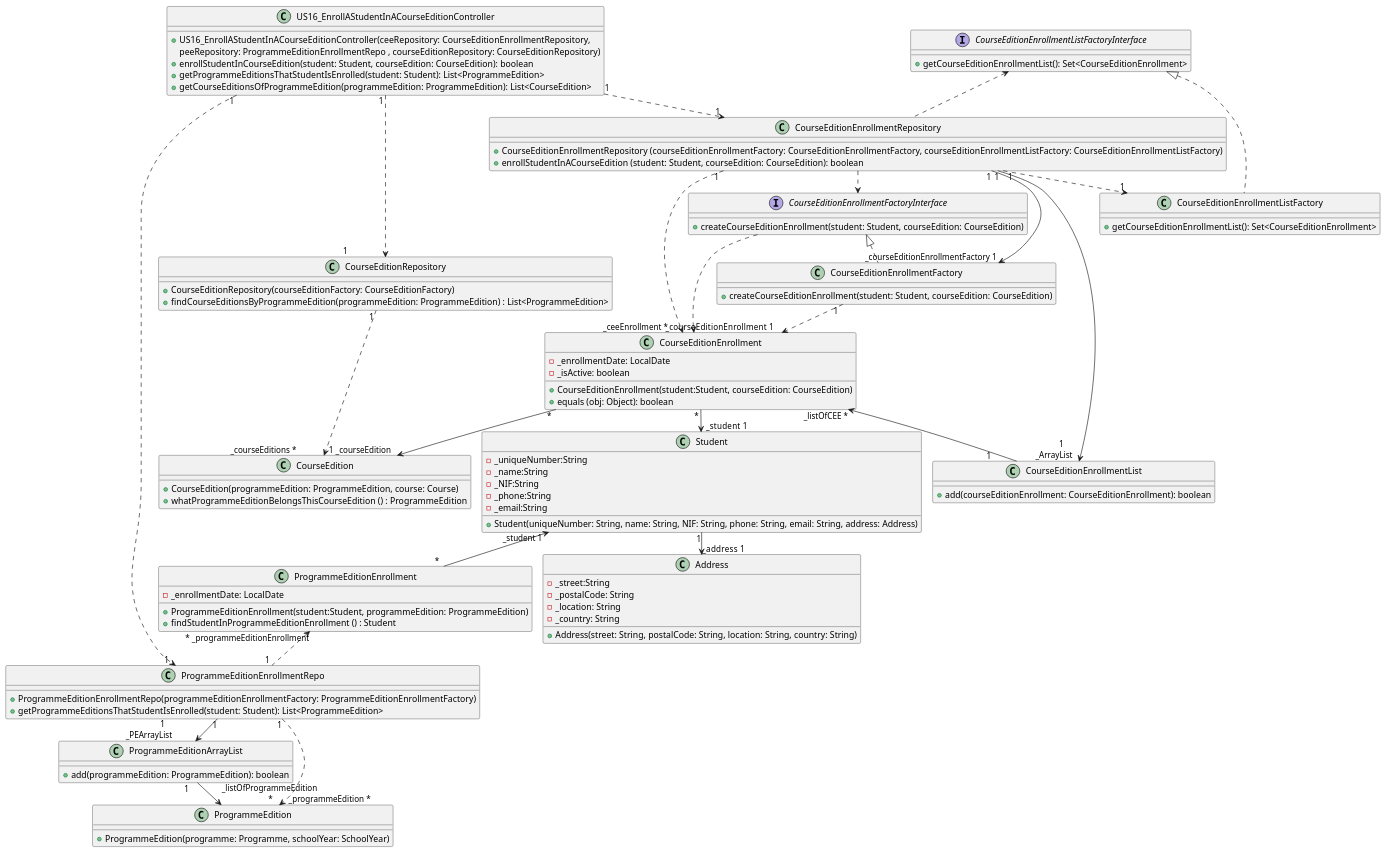
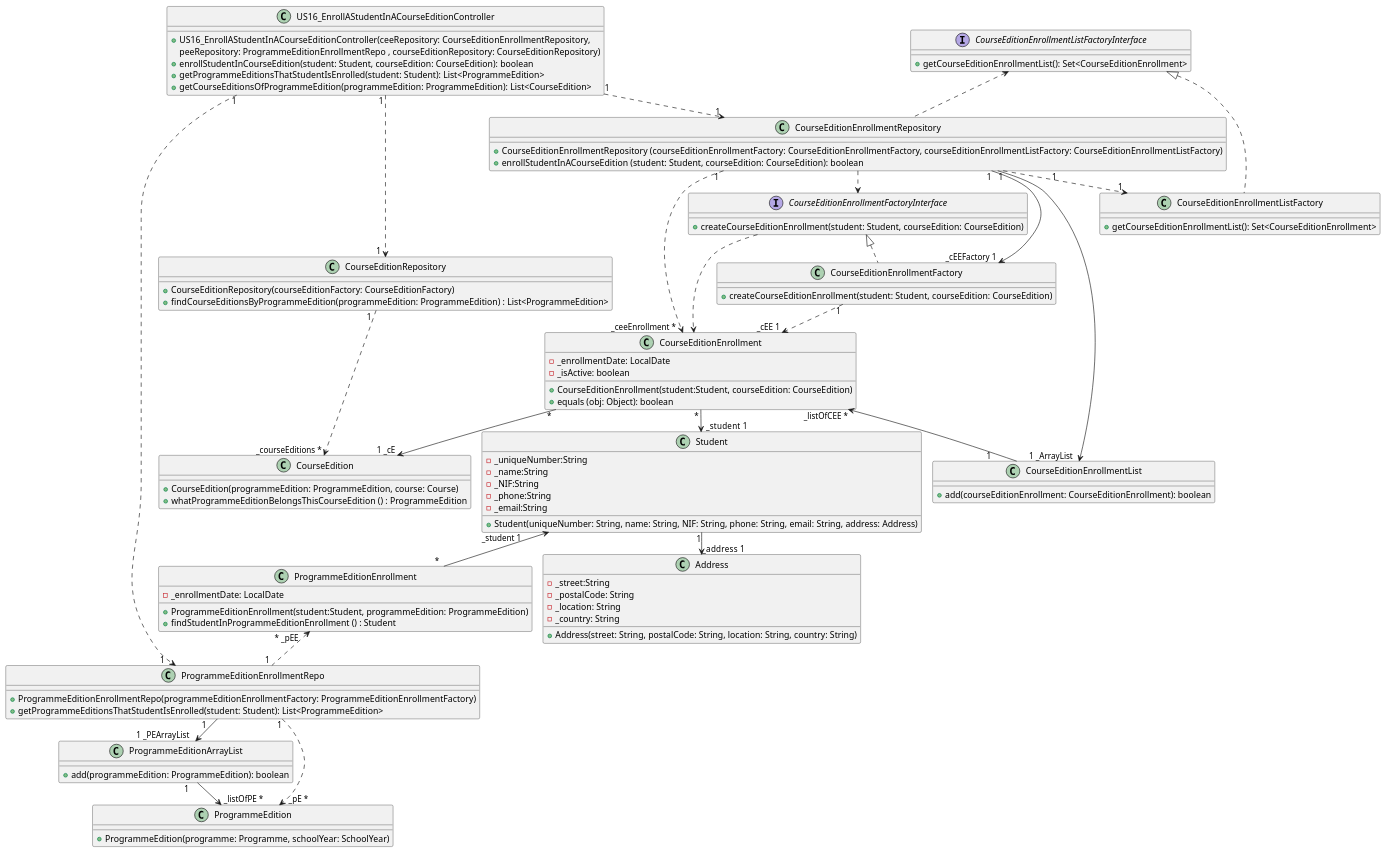
The diagram in docs/US16/US16_EnrollAStudentInACourseEdition_ClassDiagram.puml (GasparISEP/DevOps-PAI), drawn with PlantUML before and after one commit.

Commit message:
Refactor US16_ClassDiagram, improving cardinalities between classes to improve visibility

```diff
--- a/docs/US16/US16_EnrollAStudentInACourseEdition_ClassDiagram.puml
+++ b/docs/US16/US16_EnrollAStudentInACourseEdition_ClassDiagram.puml
@@ -1,114 +1,114 @@
 @startuml
 !pragma layout smetana
 
 class US16_EnrollAStudentInACourseEditionController {
     +US16_EnrollAStudentInACourseEditionController(ceeRepository: CourseEditionEnrollmentRepository,
     peeRepository: ProgrammeEditionEnrollmentRepo , courseEditionRepository: CourseEditionRepository)
     +enrollStudentInCourseEdition(student: Student, courseEdition: CourseEdition): boolean
     +getProgrammeEditionsThatStudentIsEnrolled(student: Student): List<ProgrammeEdition>
     +getCourseEditionsOfProgrammeEdition(programmeEdition: ProgrammeEdition): List<CourseEdition>
 }
 
 class CourseEditionEnrollmentFactory{
     +createCourseEditionEnrollment(student: Student, courseEdition: CourseEdition)
 }
 
 class CourseEditionEnrollment {
     -_enrollmentDate: LocalDate
     - _isActive: boolean
     +CourseEditionEnrollment(student:Student, courseEdition: CourseEdition)
     +equals (obj: Object): boolean
 }
 
 class ProgrammeEditionArrayList{
     +add(programmeEdition: ProgrammeEdition): boolean
 }
 
 interface CourseEditionEnrollmentListFactoryInterface{
     +getCourseEditionEnrollmentList(): Set<CourseEditionEnrollment>
 }
 
 class CourseEditionEnrollmentListFactory {
     +getCourseEditionEnrollmentList(): Set<CourseEditionEnrollment>
 }
 
 interface CourseEditionEnrollmentFactoryInterface{
     +createCourseEditionEnrollment(student: Student, courseEdition: CourseEdition)
 }
 
 class CourseEditionEnrollmentRepository {
     +CourseEditionEnrollmentRepository (courseEditionEnrollmentFactory: CourseEditionEnrollmentFactory, courseEditionEnrollmentListFactory: CourseEditionEnrollmentListFactory)
     +enrollStudentInACourseEdition (student: Student, courseEdition: CourseEdition): boolean
 }
 
 class ProgrammeEditionEnrollment {
     -_enrollmentDate: LocalDate
     +ProgrammeEditionEnrollment(student:Student, programmeEdition: ProgrammeEdition)
     +findStudentInProgrammeEditionEnrollment () : Student
 }
 
 class CourseEditionEnrollmentList {
     +add(courseEditionEnrollment: CourseEditionEnrollment): boolean
 }
 
 class ProgrammeEditionEnrollmentRepo {
     +ProgrammeEditionEnrollmentRepo(programmeEditionEnrollmentFactory: ProgrammeEditionEnrollmentFactory)
     +getProgrammeEditionsThatStudentIsEnrolled(student: Student): List<ProgrammeEdition>
 }
 
 class Student {
     -_uniqueNumber:String
     -_name:String
     -_NIF:String
     -_phone:String
     -_email:String
     +Student(uniqueNumber: String, name: String, NIF: String, phone: String, email: String, address: Address)
 }
 
 class Address {
      -_street:String
      -_postalCode: String
      -_location: String
      -_country: String
      +Address(street: String, postalCode: String, location: String, country: String)
 }
 
 class CourseEdition {
     +CourseEdition(programmeEdition: ProgrammeEdition, course: Course)
     +whatProgrammeEditionBelongsThisCourseEdition () : ProgrammeEdition
 }
 
 class ProgrammeEdition {
     +ProgrammeEdition(programme: Programme, schoolYear: SchoolYear)
 }
 
 class CourseEditionRepository {
     +CourseEditionRepository(courseEditionFactory: CourseEditionFactory)
     +findCourseEditionsByProgrammeEdition(programmeEdition: ProgrammeEdition) : List<ProgrammeEdition>
 }
 
-CourseEdition "_courseEditions *             " <.u. "           1 " CourseEditionRepository
+CourseEdition "_courseEditions * " <.u. "1  " CourseEditionRepository
 Student "  _student  1 " <-u- " * " CourseEditionEnrollment
-CourseEditionEnrollment "    *  " --> " 1 _courseEdition   " CourseEdition
-CourseEditionEnrollmentFactory "1  " ..> "_courseEditionEnrollment   1    "CourseEditionEnrollment
-CourseEditionEnrollmentFactory "           _courseEditionEnrollmentFactory 1 " <-u- "  1" CourseEditionEnrollmentRepository
-ProgrammeEditionEnrollment "      *  " -u-> "_student 1   " Student
-ProgrammeEditionEnrollment " * _programmeEditionEnrollment" <.. "1 " ProgrammeEditionEnrollmentRepo
-US16_EnrollAStudentInACourseEditionController "1 "..> "    1                  " CourseEditionRepository
-US16_EnrollAStudentInACourseEditionController " 1 "..> "1   " ProgrammeEditionEnrollmentRepo
+CourseEditionEnrollment "    *  " --> "    1 _cE " CourseEdition
+CourseEditionEnrollmentFactory "1 " ..> "_cEE 1 "CourseEditionEnrollment
+CourseEditionEnrollmentFactory "           _cEEFactory 1 " <-u- " 1" CourseEditionEnrollmentRepository
+ProgrammeEditionEnrollment "      *  " -u-> "_student 1             " Student
+ProgrammeEditionEnrollment " * _pEE     " <.. "1 " ProgrammeEditionEnrollmentRepo
+US16_EnrollAStudentInACourseEditionController "1 "..> "1  " CourseEditionRepository
+US16_EnrollAStudentInACourseEditionController "1"..> "1     " ProgrammeEditionEnrollmentRepo
 US16_EnrollAStudentInACourseEditionController "1 "..> "  1  " CourseEditionEnrollmentRepository
 Address "_address  1 " <-u- "  1" Student
-CourseEditionEnrollmentListFactory " 1 " <.u. "  1        " CourseEditionEnrollmentRepository
+CourseEditionEnrollmentListFactory "1  " <.u. "                       1" CourseEditionEnrollmentRepository
 CourseEditionEnrollmentList "   1            " -u->  "_listOfCEE *" CourseEditionEnrollment
-CourseEditionEnrollmentRepository " 1  " -u-> "     1\n _ArrayList   " CourseEditionEnrollmentList
-CourseEditionEnrollmentRepository"   1  " ..> "    _ceeEnrollment *       "CourseEditionEnrollment
+CourseEditionEnrollmentRepository " 1" -u-> "1 _ArrayList   " CourseEditionEnrollmentList
+CourseEditionEnrollmentRepository"   1  " ..> "    _ceeEnrollment *   "CourseEditionEnrollment
 CourseEditionEnrollmentFactoryInterface <|.. CourseEditionEnrollmentFactory
 CourseEditionEnrollmentListFactoryInterface <|.. CourseEditionEnrollmentListFactory
-ProgrammeEditionEnrollmentRepo"1" --> "  1\n_PEArrayList           "ProgrammeEditionArrayList
-ProgrammeEdition"_listOfProgrammeEdition\n *" <-u- "  1    "ProgrammeEditionArrayList
-ProgrammeEditionEnrollmentRepo "1"..> "    _programmeEdition *"ProgrammeEdition
+ProgrammeEditionEnrollmentRepo"1     " --> "1 _PEArrayList   "ProgrammeEditionArrayList
+ProgrammeEdition" _listOfPE *" <-u- "  1    "ProgrammeEditionArrayList
+ProgrammeEditionEnrollmentRepo "1"..> "    _pE *    "ProgrammeEdition
 CourseEditionEnrollmentRepository .u.> CourseEditionEnrollmentListFactoryInterface
 CourseEditionEnrollmentRepository ..> CourseEditionEnrollmentFactoryInterface
 CourseEditionEnrollmentFactoryInterface ..> CourseEditionEnrollment
 
 @enduml
```
